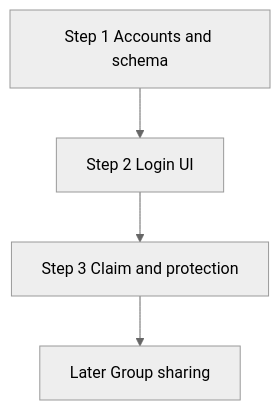
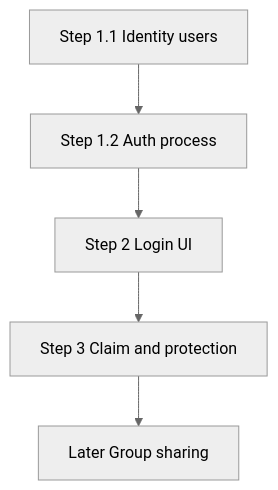
Before and after one commit to NotThaDev/KeepItSimple: the diagram in Authentication.md, drawn with Mermaid (neutral theme). The commit also changed other lines of this file, not shown here.

````diff
--- a/Authentication.md
+++ b/Authentication.md
@@ -13,6 +13,7 @@
 ```mermaid
 flowchart TD
-  step1[Step 1 Accounts and schema] --> step2[Step 2 Login UI]
+  step1a[Step 1.1 Identity users] --> step1b[Step 1.2 Auth process]
+  step1b --> step2[Step 2 Login UI]
   step2 --> step3[Step 3 Claim and protection]
   step3 --> later[Later Group sharing]
 ```
````
